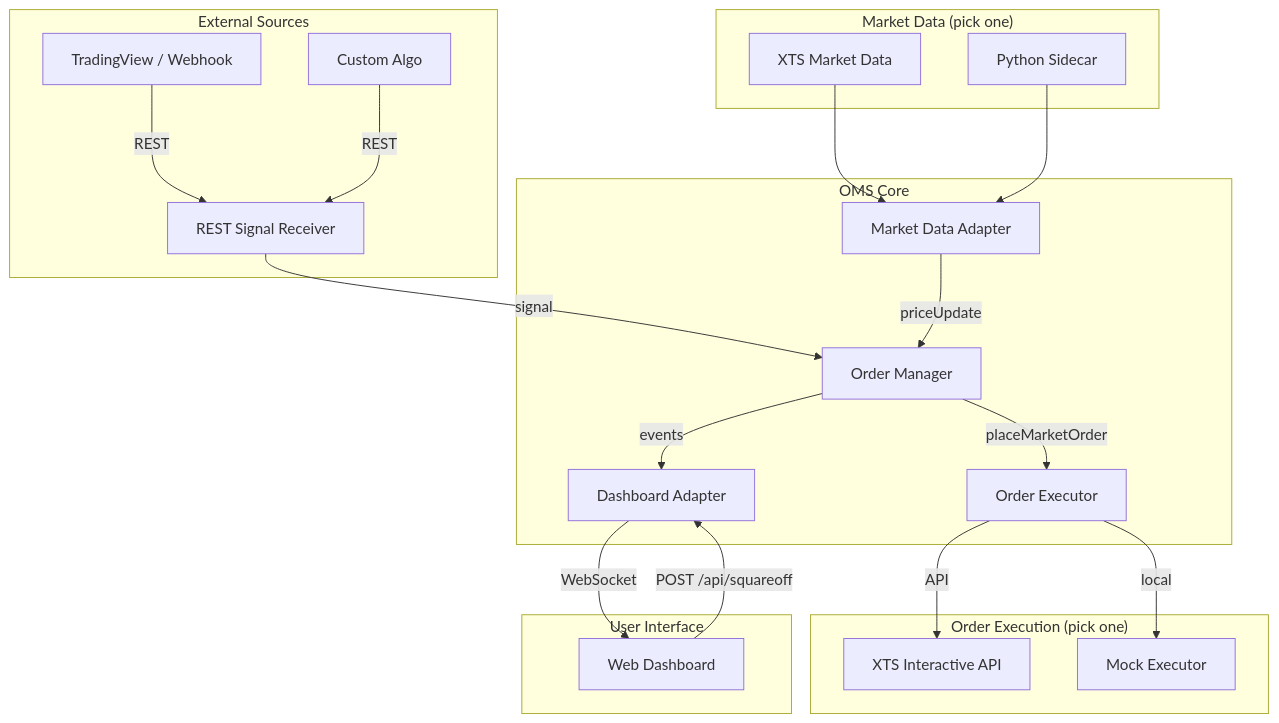
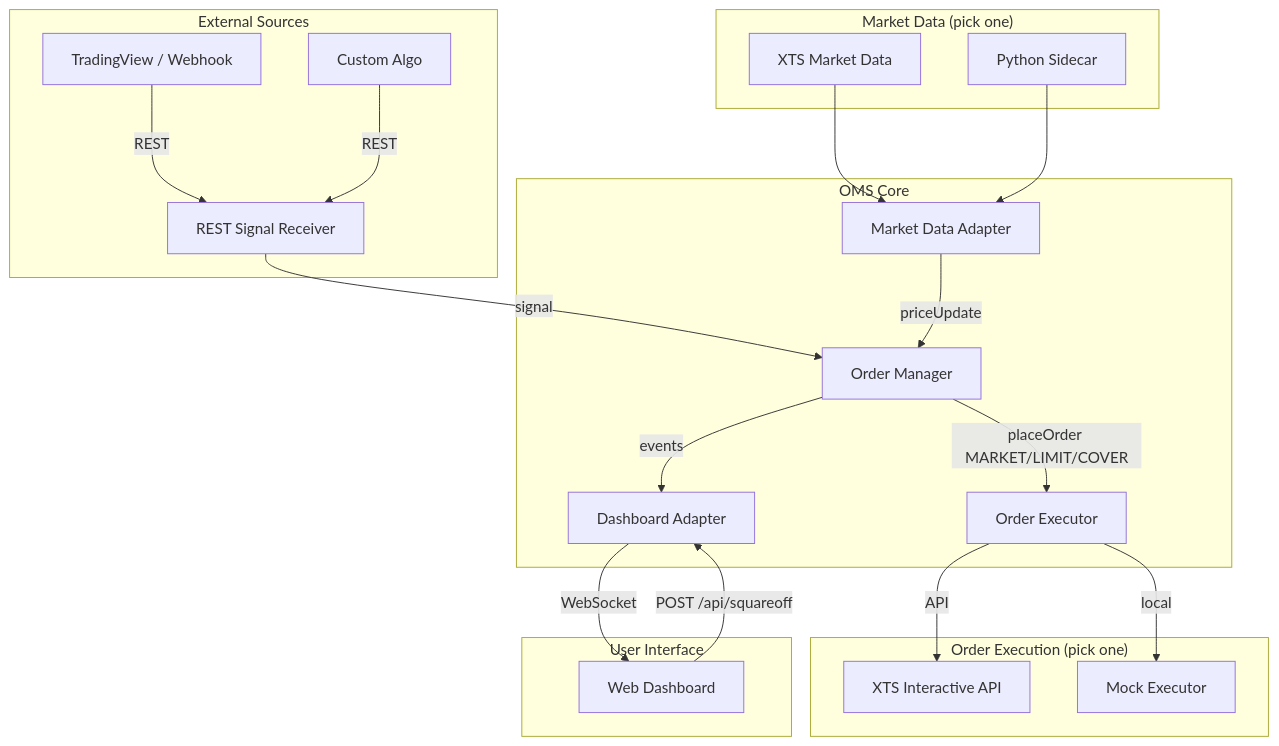
Before and after one commit to shubham-agarwal-techculture/oms-xts-api: the diagram in README.md, drawn with Mermaid. The commit also changed other lines of this file and 7 other files, not shown here.

````diff
--- a/README.md
+++ b/README.md
@@ -20,29 +21,29 @@
 ```mermaid
 graph TD
     subgraph "External Sources"
         TV[TradingView / Webhook] -->|REST| REST[REST Signal Receiver]
         Algo[Custom Algo] -->|REST| REST
     end
 
     subgraph "OMS Core"
         REST -->|signal| OM[Order Manager]
         MD[Market Data Adapter] -->|priceUpdate| OM
-        OM -->|placeMarketOrder| OE[Order Executor]
+        OM -->|placeOrder MARKET/LIMIT/COVER | OE[Order Executor]
         OM -->|events| DASH[Dashboard Adapter]
     end
 
     subgraph "Market Data (pick one)"
         XTS_MD[XTS Market Data] --> MD
         PY[Python Sidecar] --> MD
     end
 
     subgraph "Order Execution (pick one)"
         OE -->|API| XTS_INT[XTS Interactive API]
         OE -->|local| MOCK[Mock Executor]
     end
 
     subgraph "User Interface"
         DASH -->|WebSocket| UI[Web Dashboard]
         UI -->|POST /api/squareoff| DASH
     end
 ```
````
